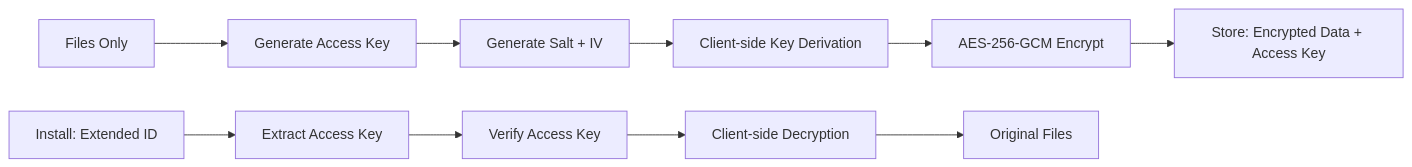
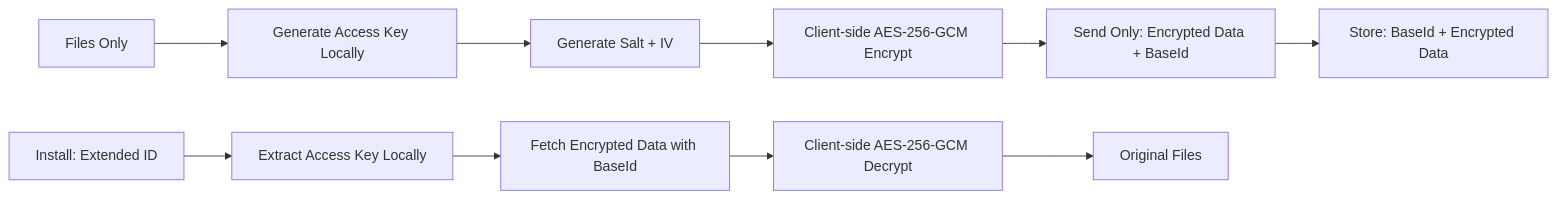
The second of 2 diagrams in faq.md (AbabilCore/envlink), drawn with Mermaid before and after one commit. The commit also changed other lines of this file and 4 other files, not shown here.

````diff
--- a/faq.md
+++ b/faq.md
@@ -109,13 +109,13 @@
 ```mermaid
 graph LR
-    A[Files Only] --> B[Generate Access Key]
+    A[Files Only] --> B[Generate Access Key Locally]
     B --> C[Generate Salt + IV]
-    C --> D[Client-side Key Derivation]
-    D --> E[AES-256-GCM Encrypt]
-    E --> F[Store: Encrypted Data + Access Key]
+    C --> D[Client-side AES-256-GCM Encrypt]
+    D --> E[Send Only: Encrypted Data + BaseId]
+    E --> F[Store: BaseId + Encrypted Data]
 
-    G[Install: Extended ID] --> H[Extract Access Key]
-    H --> I[Verify Access Key]
-    I --> J[Client-side Decryption]
+    G[Install: Extended ID] --> H[Extract Access Key Locally]
+    H --> I[Fetch Encrypted Data with BaseId]
+    I --> J[Client-side AES-256-GCM Decrypt]
     J --> K[Original Files]
 ```
````
